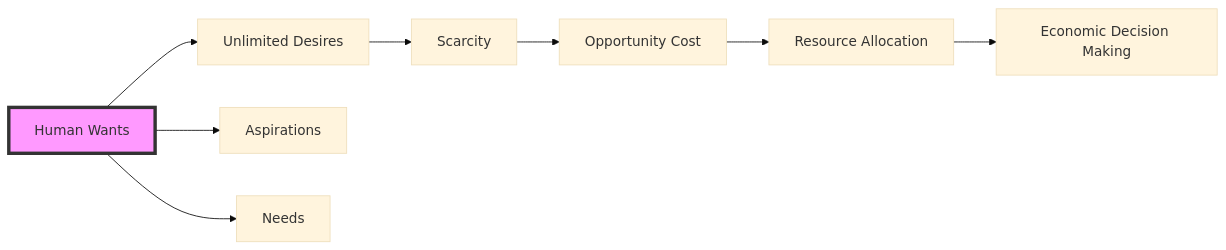
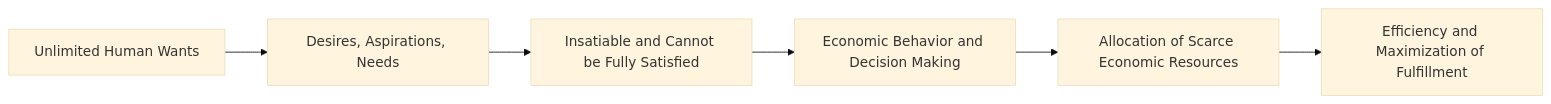
Before and after one commit to DagimAlemayehuu/Ater: the diagram in Obsidian_Vault/2-Academic/Winter 2026/Economics/1_Basics_Of_Economics/Human_Wants.md, drawn with Mermaid (base theme). The commit also changed other lines of this file and 71 other files, not shown here.

````diff
--- a/Obsidian_Vault/2-Academic/Winter 2026/Economics/1_Basics_Of_Economics/Human_Wants.md
+++ b/Obsidian_Vault/2-Academic/Winter 2026/Economics/1_Basics_Of_Economics/Human_Wants.md
@@ -53,13 +51,10 @@
 ```mermaid
 
 graph LR
-    A[Human Wants] --> B[Unlimited Desires]
-    A --> C[Aspirations]
-    A --> D[Needs]
-    B --> E[Scarcity]
-    E --> F[Opportunity Cost]
-    F --> G[Resource Allocation]
-    G --> H[Economic Decision Making]
-    style A fill:#f9f,stroke:#333,stroke-width:4px
+    A[Unlimited Human Wants] --> B[Desires, Aspirations, Needs]
+    B --> C[Insatiable and Cannot be Fully Satisfied]
+    C --> D[Economic Behavior and Decision Making]
+    D --> E[Allocation of Scarce Economic Resources]
+    E --> F[Efficiency and Maximization of Fulfillment]
 
 ```
````
